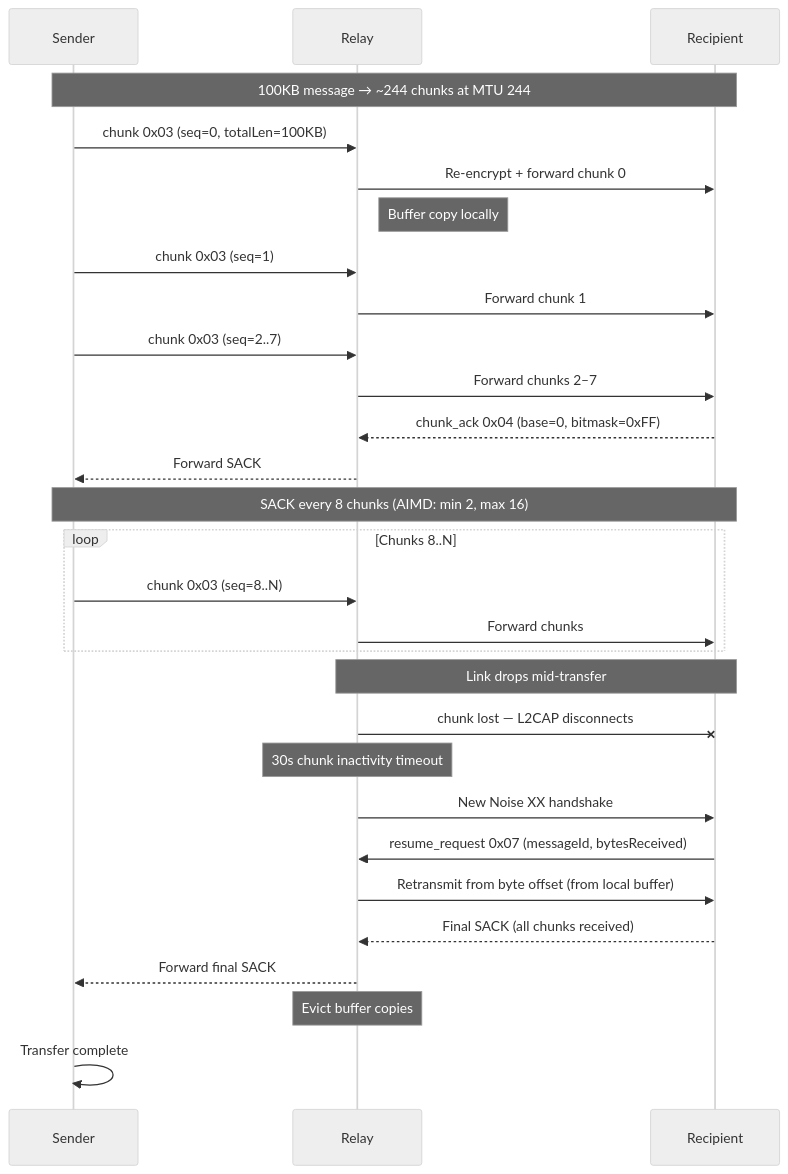
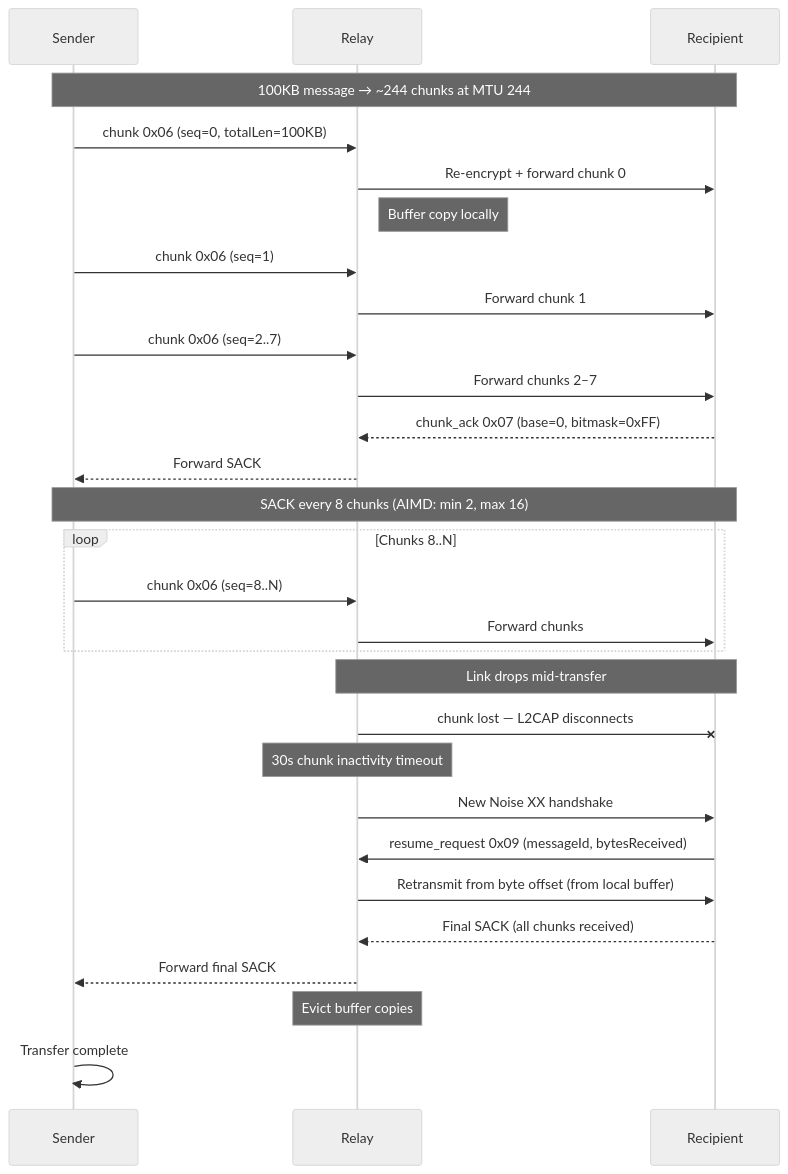
One commit to trancee/MeshLink changed the tenth of 14 diagrams in docs/diagrams.md. Above: the diagram before and after it, drawn with Mermaid (neutral theme). The commit also changed other lines of this file and 16 other files, not shown here.

````diff
--- a/docs/diagrams.md
+++ b/docs/diagrams.md
@@ -336,43 +336,43 @@
 ```mermaid
 sequenceDiagram
     participant S as Sender
     participant R as Relay
     participant D as Recipient
 
     Note over S,D: 100KB message → ~244 chunks at MTU 244
 
-    S->>R: chunk 0x03 (seq=0, totalLen=100KB)
+    S->>R: chunk 0x06 (seq=0, totalLen=100KB)
     R->>D: Re-encrypt + forward chunk 0
     Note right of R: Buffer copy locally
 
-    S->>R: chunk 0x03 (seq=1)
+    S->>R: chunk 0x06 (seq=1)
     R->>D: Forward chunk 1
 
-    S->>R: chunk 0x03 (seq=2..7)
+    S->>R: chunk 0x06 (seq=2..7)
     R->>D: Forward chunks 2–7
 
-    D-->>R: chunk_ack 0x04 (base=0, bitmask=0xFF)
+    D-->>R: chunk_ack 0x07 (base=0, bitmask=0xFF)
     R-->>S: Forward SACK
 
     Note over S,D: SACK every 8 chunks (AIMD: min 2, max 16)
 
     loop Chunks 8..N
-        S->>R: chunk 0x03 (seq=8..N)
+        S->>R: chunk 0x06 (seq=8..N)
         R->>D: Forward chunks
     end
 
     Note over R,D: Link drops mid-transfer
 
     R-xD: chunk lost — L2CAP disconnects
 
     Note over R: 30s chunk inactivity timeout
     R->>D: New Noise XX handshake
-    D->>R: resume_request 0x07 (messageId, bytesReceived)
+    D->>R: resume_request 0x09 (messageId, bytesReceived)
     R->>D: Retransmit from byte offset (from local buffer)
 
     D-->>R: Final SACK (all chunks received)
     R-->>S: Forward final SACK
     Note over R: Evict buffer copies
 
     S->>S: Transfer complete
 ```
````
